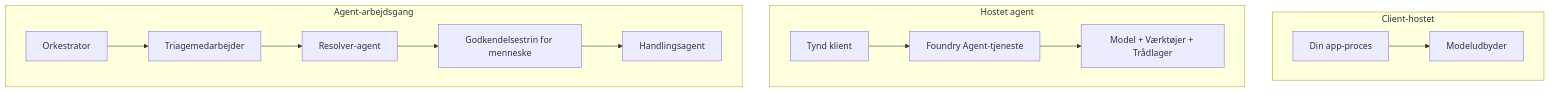
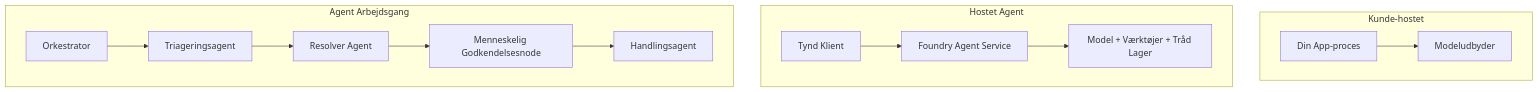
The first of 4 diagrams in mirrors/repos/microsoft@ai-agents-for-beginners/translations/da/16-deploying-scalable-agents/README.md (gabrielmoreira/agent-skills-mirror), drawn with Mermaid before and after one commit. The commit also changed other lines of this file and 4262 other files, not shown here.

````diff
--- a/mirrors/repos/microsoft@ai-agents-for-beginners/translations/da/16-deploying-scalable-agents/README.md
+++ b/mirrors/repos/microsoft@ai-agents-for-beginners/translations/da/16-deploying-scalable-agents/README.md
@@ -87,16 +87,16 @@
 ```mermaid
 flowchart TB
-    subgraph P1[Client-hostet]
-        A1[Din app-proces] --> M1[Modeludbyder]
+    subgraph P1[Kunde-hostet]
+        A1[Din App-proces] --> M1[Modeludbyder]
     end
-    subgraph P2[Hostet agent]
-        A2[Tynd klient] --> F2[Foundry Agent-tjeneste]
-        F2 --> M2[Model + Værktøjer + Trådlager]
+    subgraph P2[Hostet Agent]
+        A2[Tynd Klient] --> F2[Foundry Agent Service]
+        F2 --> M2[Model + Værktøjer + Tråd Lager]
     end
-    subgraph P3[Agent-arbejdsgang]
-        A3[Orkestrator] --> S1[Triagemedarbejder]
-        S1 --> S2[Resolver-agent]
-        S2 --> H[Godkendelsestrin for menneske]
+    subgraph P3[Agent Arbejdsgang]
+        A3[Orkestrator] --> S1[Triageringsagent]
+        S1 --> S2[Resolver Agent]
+        S2 --> H[Menneskelig Godkendelsesnode]
         H --> S3[Handlingsagent]
     end
 ```
````
